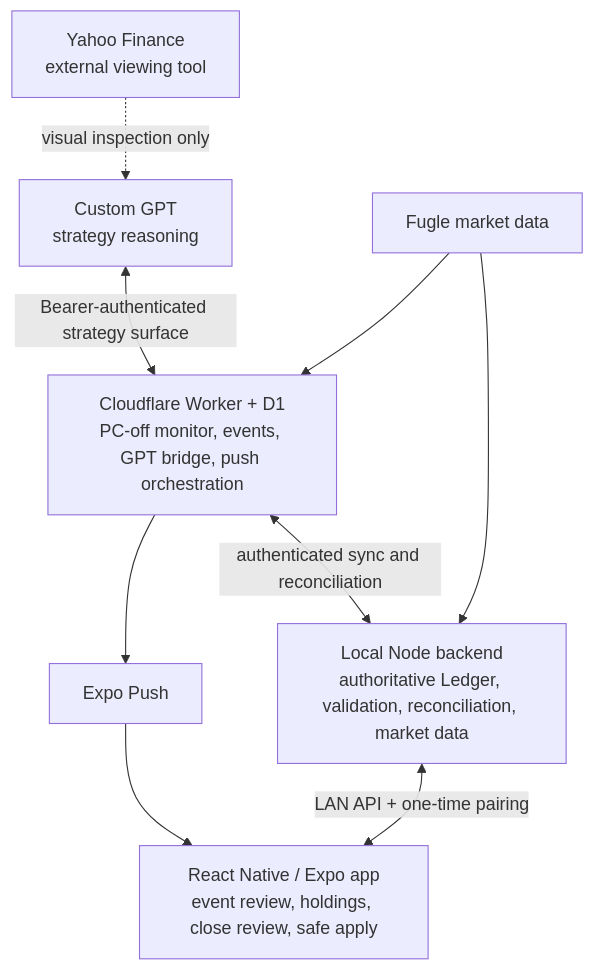
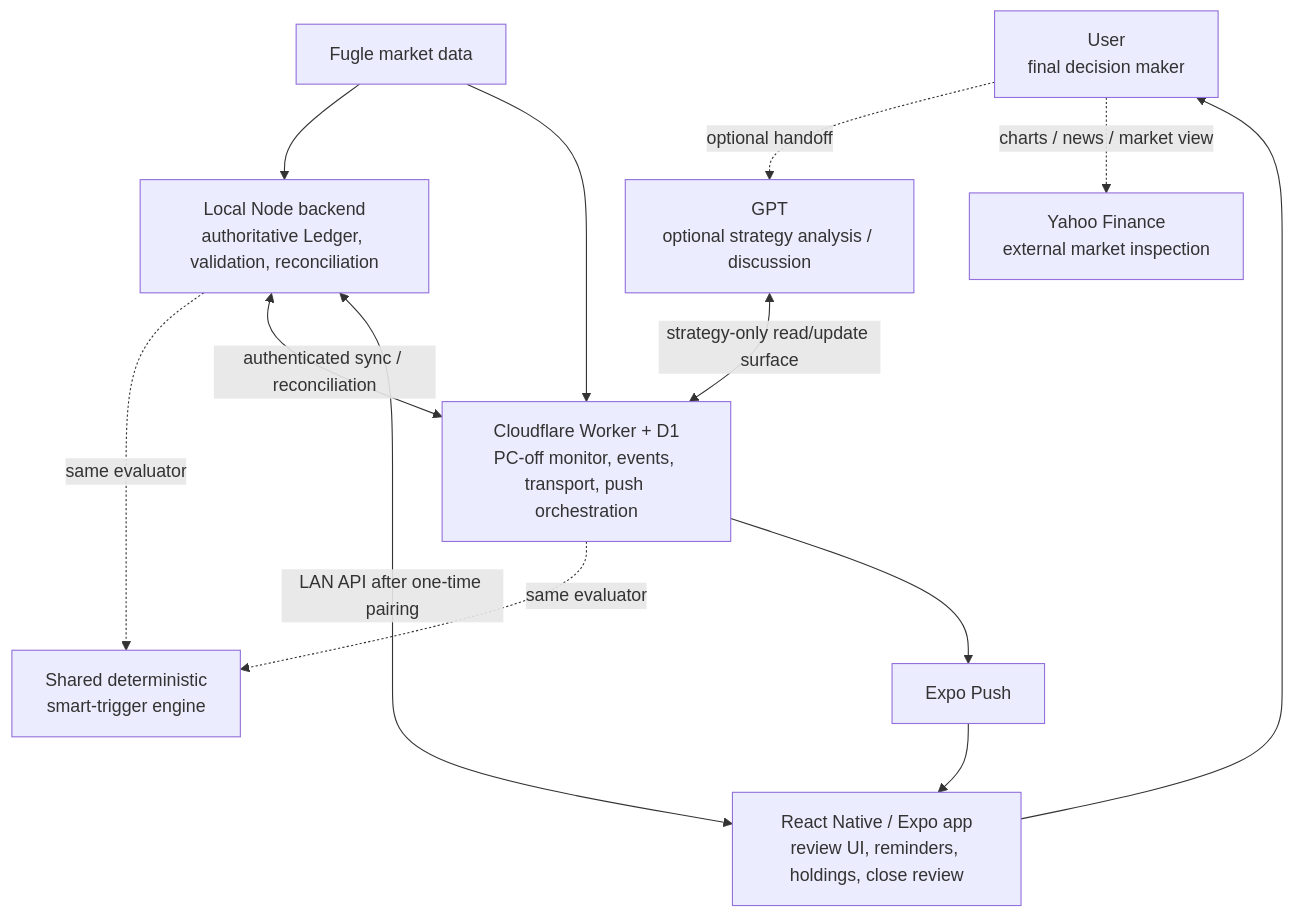
Before and after one commit to eason11133/eason-trading: the diagram in README.md, drawn with Mermaid. The commit also changed other lines of this file, not shown here.

Commit message:
docs: align README with user-led monitoring workflow

````diff
--- a/README.md
+++ b/README.md
@@ -51,18 +80,23 @@
-```mermaid
+~~~mermaid
 flowchart TB
-    YF[Yahoo Finance<br/>external viewing tool]
-    GPT[Custom GPT<br/>strategy reasoning]
-    CF[Cloudflare Worker + D1<br/>PC-off monitor, events, GPT bridge, push orchestration]
-    BE[Local Node backend<br/>authoritative Ledger, validation, reconciliation, market data]
-    APP[React Native / Expo app<br/>event review, holdings, close review, safe apply]
+    USER[User<br/>final decision maker]
+    APP[React Native / Expo app<br/>review UI, reminders, holdings, close review]
+    BE[Local Node backend<br/>authoritative Ledger, validation, reconciliation]
+    CF[Cloudflare Worker + D1<br/>PC-off monitor, events, transport, push orchestration]
+    TRIGGER[Shared deterministic<br/>smart-trigger engine]
     FUGLE[Fugle market data]
     PUSH[Expo Push]
+    GPT[GPT<br/>optional strategy analysis / discussion]
+    YF[Yahoo Finance<br/>external market inspection]
 
-    YF -. visual inspection only .-> GPT
-    GPT <-->|Bearer-authenticated strategy surface| CF
-    CF <-->|authenticated sync and reconciliation| BE
-    BE <-->|LAN API + one-time pairing| APP
     FUGLE --> BE
     FUGLE --> CF
-    CF --> PUSH --> APP
-```
+    BE -. same evaluator .-> TRIGGER
+    CF -. same evaluator .-> TRIGGER
+    BE <-->|authenticated sync / reconciliation| CF
+    BE <-->|LAN API after one-time pairing| APP
+    CF --> PUSH --> APP --> USER
+    USER -. optional handoff .-> GPT
+    GPT <-->|strategy-only read/update surface| CF
+    USER -. charts / news / market view .-> YF
+~~~
````
